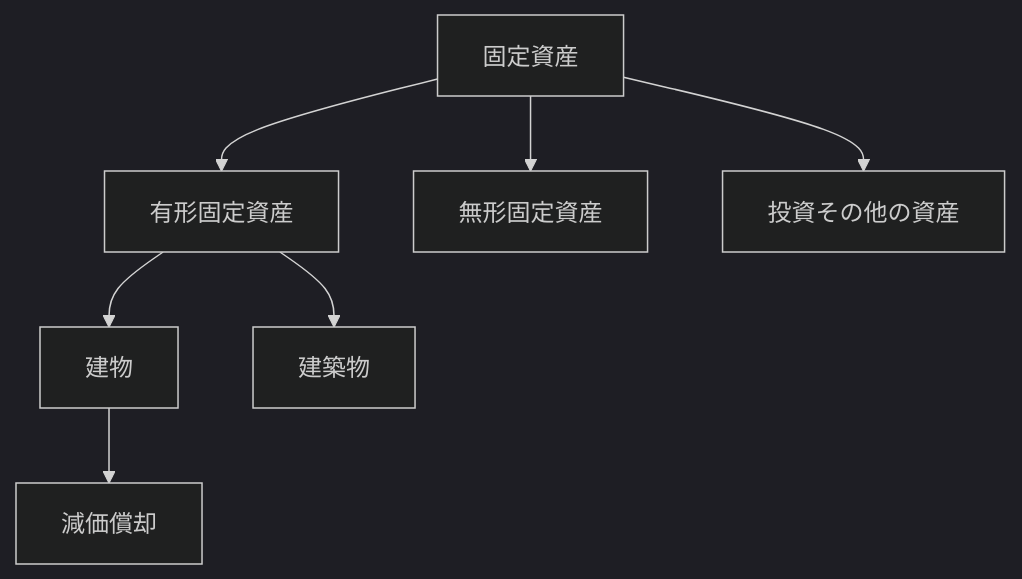
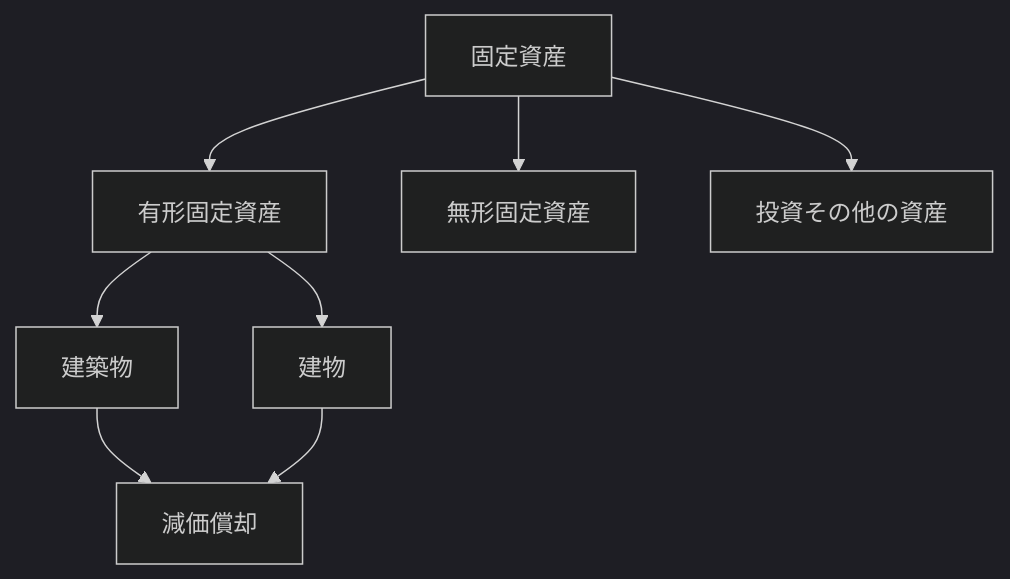
One commit to bebetakumi/mermaid changed the diagram in 固定資産/固定資産の分類.md. Above: the diagram before and after it, drawn with Mermaid (dark theme).

````diff
--- a/固定資産/固定資産の分類.md
+++ b/固定資産/固定資産の分類.md
@@ -1,8 +1,7 @@
 ```mermaid
 graph TD
 
-固定資産 --> 有形固定資産 --> 建物 & 建築物
+固定資産 --> 有形固定資産 --> 建築物 & 建物 --> 減価償却
 固定資産 --> 無形固定資産
 固定資産 --> 投資その他の資産
-建物 --> 減価償却
 ```
````
